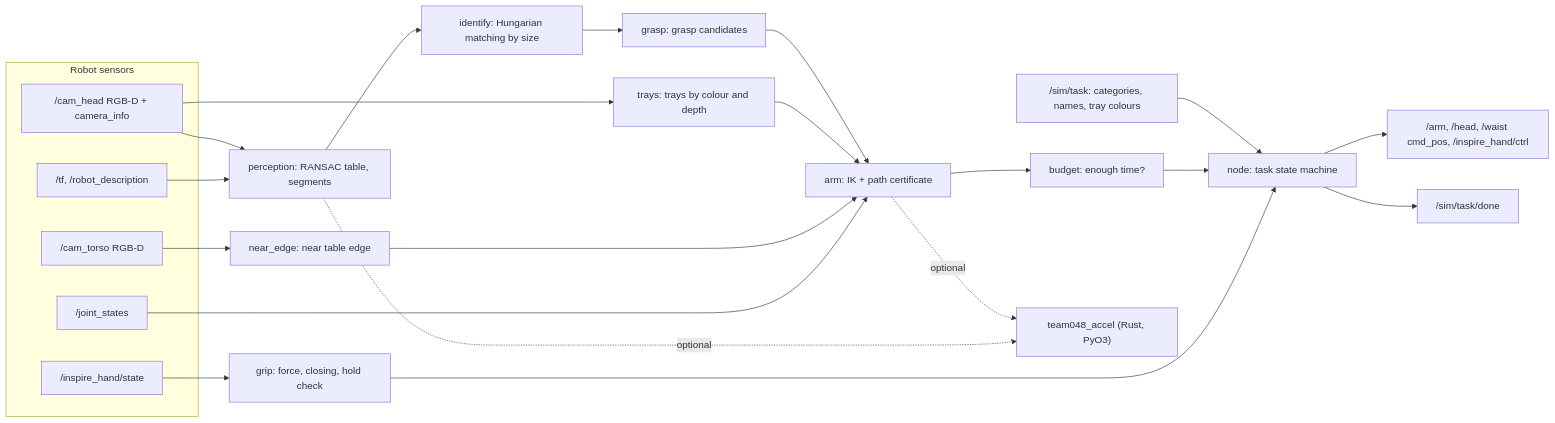
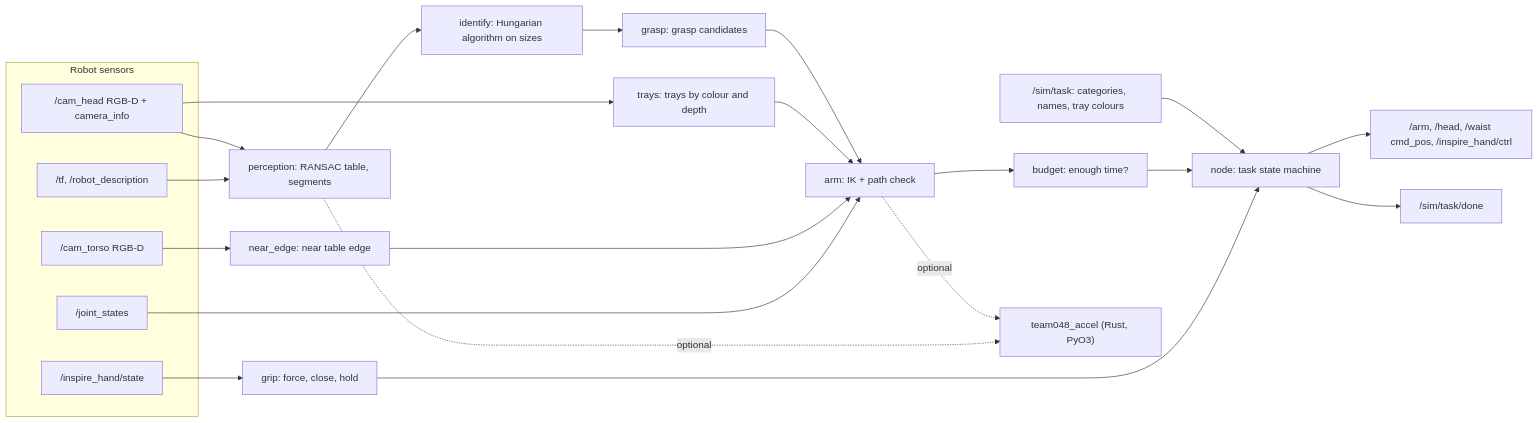
One commit to KonkovDV/DeftSort changed the first of 2 diagrams in README.en.md. Above: the diagram before and after it, drawn with Mermaid. The commit also changed other lines of this file and 11 other files, not shown here.

Commit message:
docs: rewrite README (ru/en), ARCHITECTURE, COMPLIANCE, CHANGELOG (ru) for the jury; MATH_PHYSICS/PARAMETERS cleaned; drop ORG_ANSWERS and PREPUSH_CHECKLIST; add tools/verify.sh and tools/bench_accel.py

````diff
--- a/README.en.md
+++ b/README.en.md
@@ -69,29 +79,29 @@
 ```mermaid
 flowchart LR
   subgraph S["Robot sensors"]
     HC["/cam_head RGB-D + camera_info"]
     TC["/cam_torso RGB-D"]
     JS["/joint_states"]
     IH["/inspire_hand/state"]
     TF["/tf, /robot_description"]
   end
   T["/sim/task: categories, names, tray colours"] --> N
   HC --> P["perception: RANSAC table, segments"]
   TC --> E["near_edge: near table edge"]
   HC --> Y["trays: trays by colour and depth"]
   TF --> P
-  P --> I["identify: Hungarian matching by size"]
+  P --> I["identify: Hungarian algorithm on sizes"]
   I --> G["grasp: grasp candidates"]
-  G --> A["arm: IK + path certificate"]
+  G --> A["arm: IK + path check"]
   Y --> A
   E --> A
   JS --> A
   A --> B["budget: enough time?"]
   B --> N["node: task state machine"]
-  IH --> R["grip: force, closing, hold check"]
+  IH --> R["grip: force, close, hold"]
   R --> N
   N --> C["/arm, /head, /waist cmd_pos, /inspire_hand/ctrl"]
   N --> D["/sim/task/done"]
   A -. "optional" .-> X["team048_accel (Rust, PyO3)"]
   P -. "optional" .-> X
 ```
````
